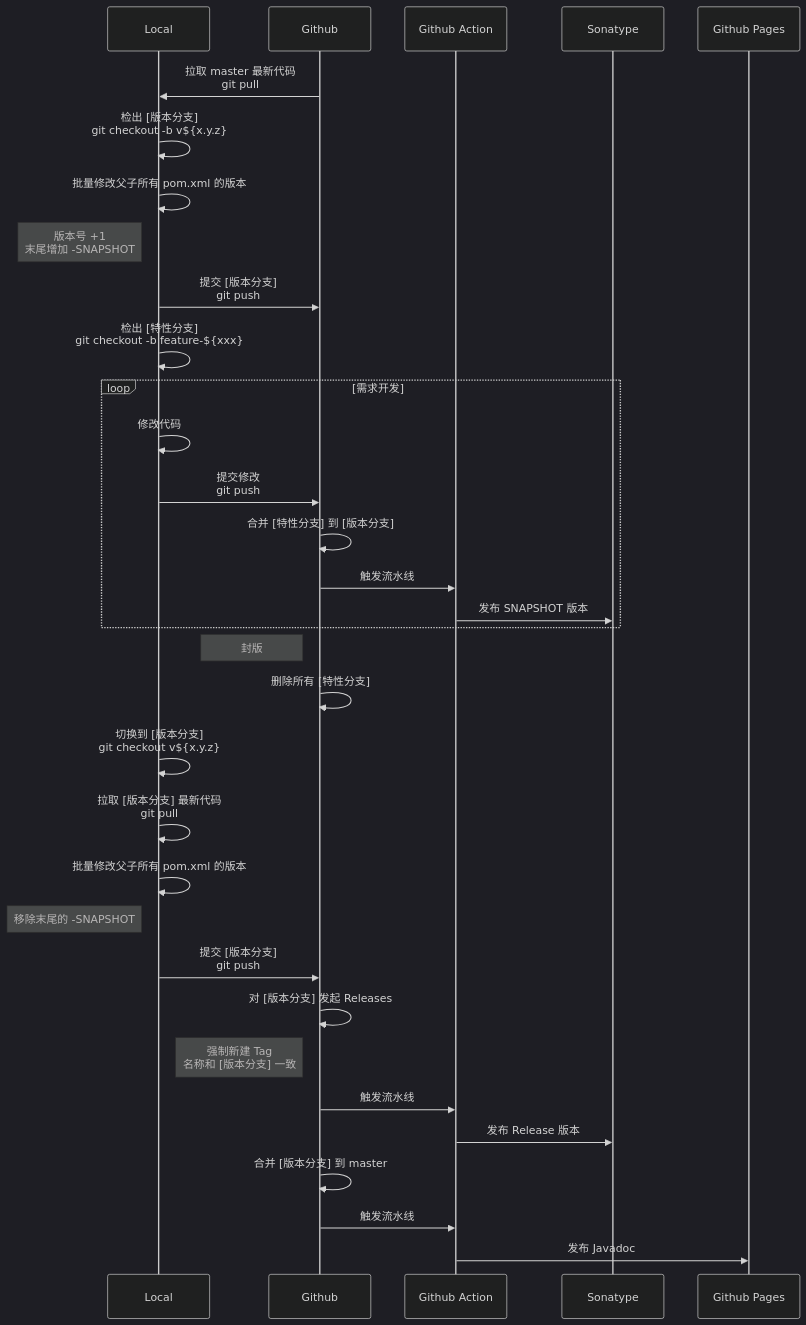
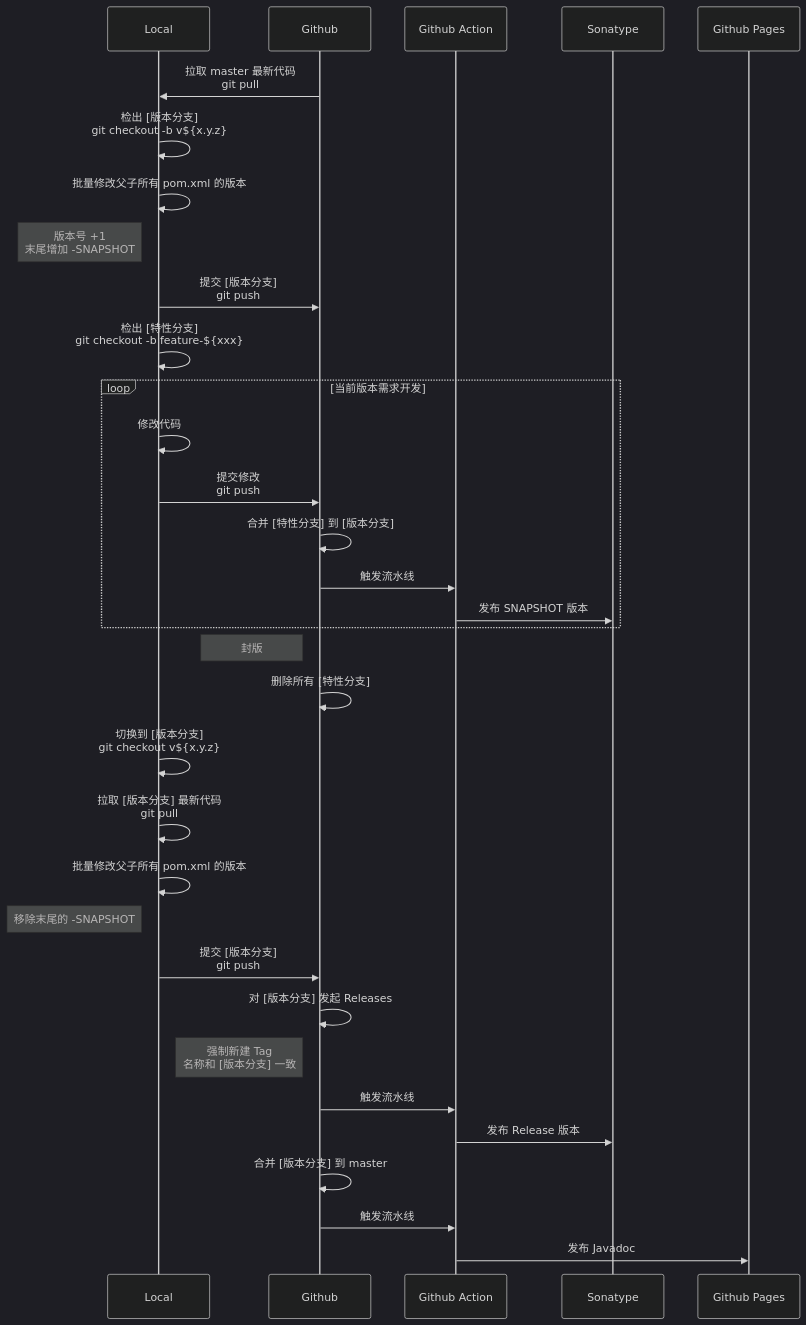
The diagram in DevSOP.md (EXP-Codes/exp-libs-refactor), drawn with Mermaid (dark theme) before and after one commit.

````diff
--- a/DevSOP.md
+++ b/DevSOP.md
@@ -27,35 +27,35 @@
 ```mermaid
 sequenceDiagram
     participant Local
     participant Github
     participant Github Action
     participant Sonatype
     participant Github Pages
     Github->>Local: 拉取 master 最新代码<br/>git pull
     Local->>Local: 检出 [版本分支]<br/>git checkout -b v${x.y.z}
     Local->>Local: 批量修改父子所有 pom.xml 的版本
     Note left of Local: 版本号 +1<br/>末尾增加 -SNAPSHOT
     Local->>Github: 提交 [版本分支]<br/>git push
     Local->>Local: 检出 [特性分支]<br/>git checkout -b feature-${xxx}
-    loop 需求开发
+    loop 当前版本需求开发
         Local->>Local: 修改代码
         Local->>Github: 提交修改<br/>git push
         Github->>Github: 合并 [特性分支] 到 [版本分支]
         Github->>Github Action: 触发流水线
         Github Action->>Sonatype: 发布 SNAPSHOT 版本
     end
     Note left of Github: 封版
     Github->>Github: 删除所有 [特性分支]
     Local->>Local: 切换到 [版本分支]<br/>git checkout v${x.y.z}
     Local->>Local: 拉取 [版本分支] 最新代码<br/>git pull
     Local->>Local: 批量修改父子所有 pom.xml 的版本
     Note left of Local: 移除末尾的 -SNAPSHOT
     Local->>Github: 提交 [版本分支]<br/>git push
     Github->>Github: 对 [版本分支] 发起 Releases
     Note left of Github: 强制新建 Tag<br/>名称和 [版本分支] 一致
     Github->>Github Action: 触发流水线
     Github Action->>Sonatype: 发布 Release 版本
     Github->>Github: 合并 [版本分支] 到 master
     Github->>Github Action: 触发流水线
     Github Action->>Github Pages: 发布 Javadoc
 ```
````
